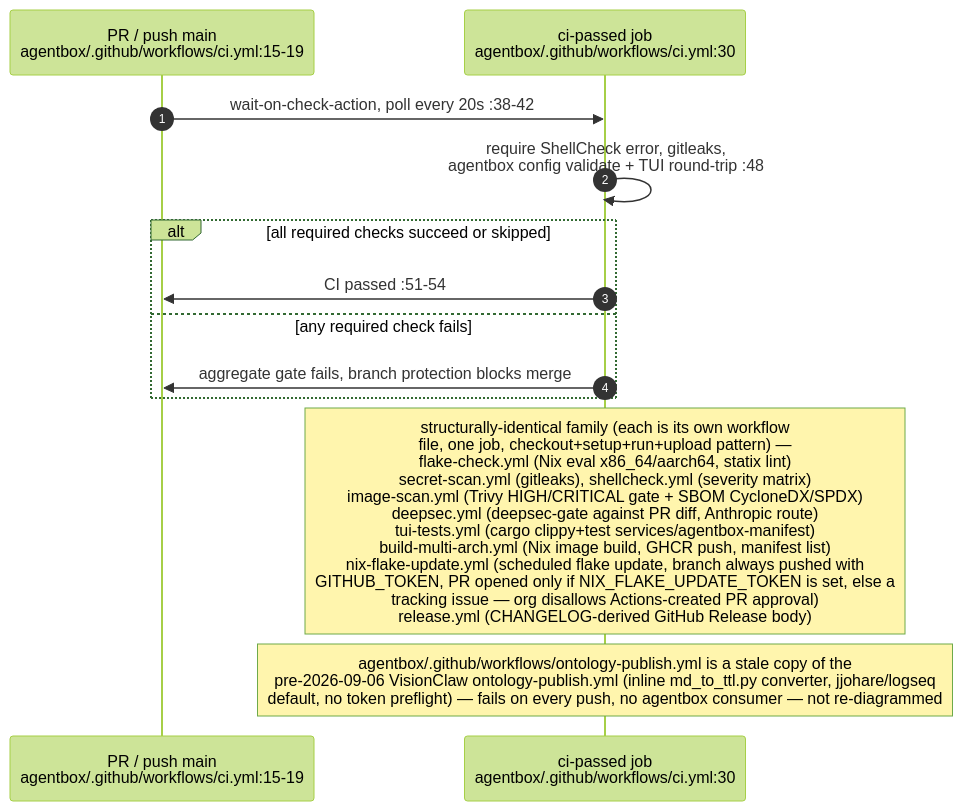
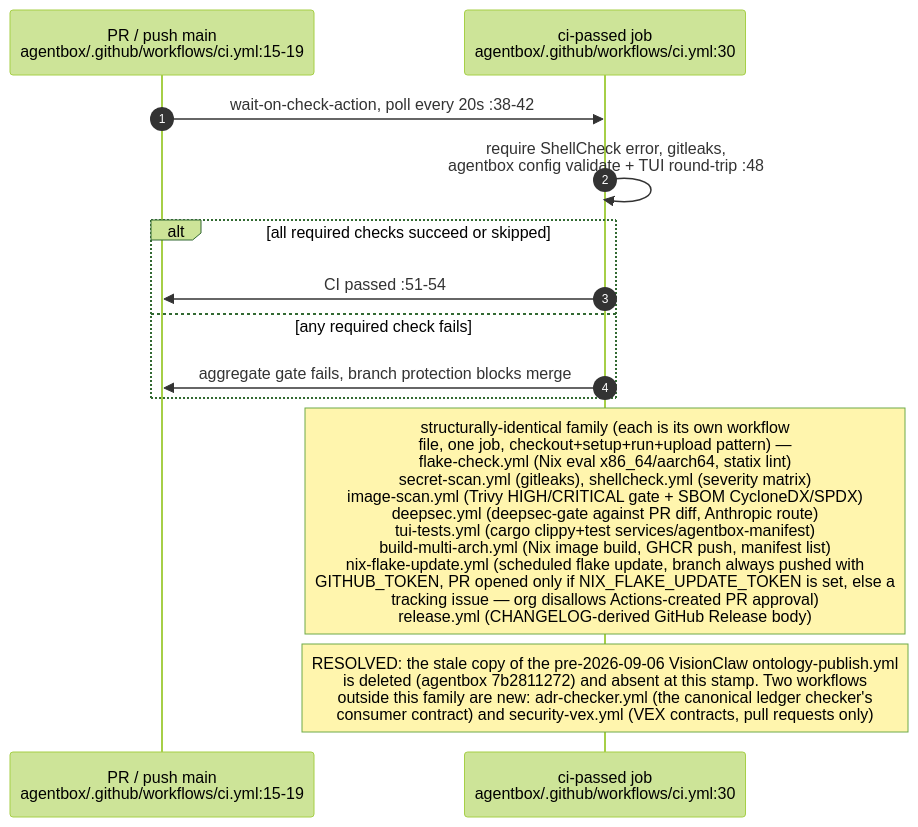
One commit to DreamLab-AI/VisionFlow changed diagram 18 of 24 in docs/diagrams/estate/09-build-deploy-and-ci-estate.md. Above: the diagram before and after it, drawn with Mermaid (forest theme). The commit also changed other lines of this file and 91 other files, not shown here.

First line of the commit message:
docs(audit): estate audit wave 2, every repository except agentbox and VisionClaw

````diff
--- a/docs/diagrams/estate/09-build-deploy-and-ci-estate.md
+++ b/docs/diagrams/estate/09-build-deploy-and-ci-estate.md
@@ -662,16 +688,16 @@
 ```mermaid
 sequenceDiagram
     autonumber
     participant GH as PR / push main<br/>agentbox/.github/workflows/ci.yml:15-19
     participant AGG as ci-passed job<br/>agentbox/.github/workflows/ci.yml:30
 
     GH->>AGG: wait-on-check-action, poll every 20s :38-42
     AGG->>AGG: require ShellCheck error, gitleaks,<br/>agentbox config validate + TUI round-trip :48
     alt all required checks succeed or skipped
         AGG->>GH: CI passed :51-54
     else any required check fails
         AGG->>GH: aggregate gate fails, branch protection blocks merge
     end
     Note over AGG: structurally-identical family (each is its own workflow<br/>file, one job, checkout+setup+run+upload pattern) —<br/>flake-check.yml (Nix eval x86_64/aarch64, statix lint)<br/>secret-scan.yml (gitleaks), shellcheck.yml (severity matrix)<br/>image-scan.yml (Trivy HIGH/CRITICAL gate + SBOM CycloneDX/SPDX)<br/>deepsec.yml (deepsec-gate against PR diff, Anthropic route)<br/>tui-tests.yml (cargo clippy+test services/agentbox-manifest)<br/>build-multi-arch.yml (Nix image build, GHCR push, manifest list)<br/>nix-flake-update.yml (scheduled flake update, branch always pushed with<br/>GITHUB_TOKEN, PR opened only if NIX_FLAKE_UPDATE_TOKEN is set, else a<br/>tracking issue — org disallows Actions-created PR approval)<br/>release.yml (CHANGELOG-derived GitHub Release body)
-    Note over AGG: agentbox/.github/workflows/ontology-publish.yml is a stale copy of the<br/>pre-2026-09-06 VisionClaw ontology-publish.yml (inline md_to_ttl.py converter, jjohare/logseq<br/>default, no token preflight) — fails on every push, no agentbox consumer — not re-diagrammed
+    Note over AGG: RESOLVED: the stale copy of the pre-2026-09-06 VisionClaw ontology-publish.yml<br/>is deleted (agentbox 7b2811272) and absent at this stamp. Two workflows<br/>outside this family are new: adr-checker.yml (the canonical ledger checker's<br/>consumer contract) and security-vex.yml (VEX contracts, pull requests only)
 ```
````
